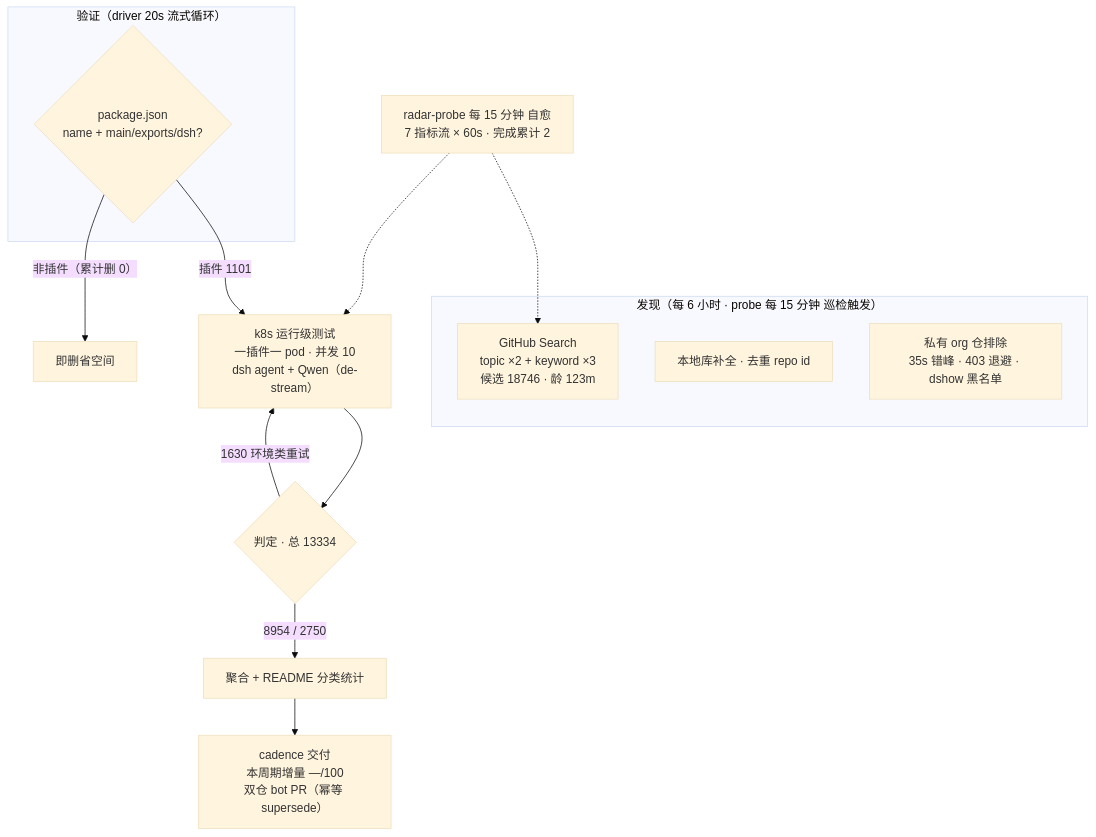
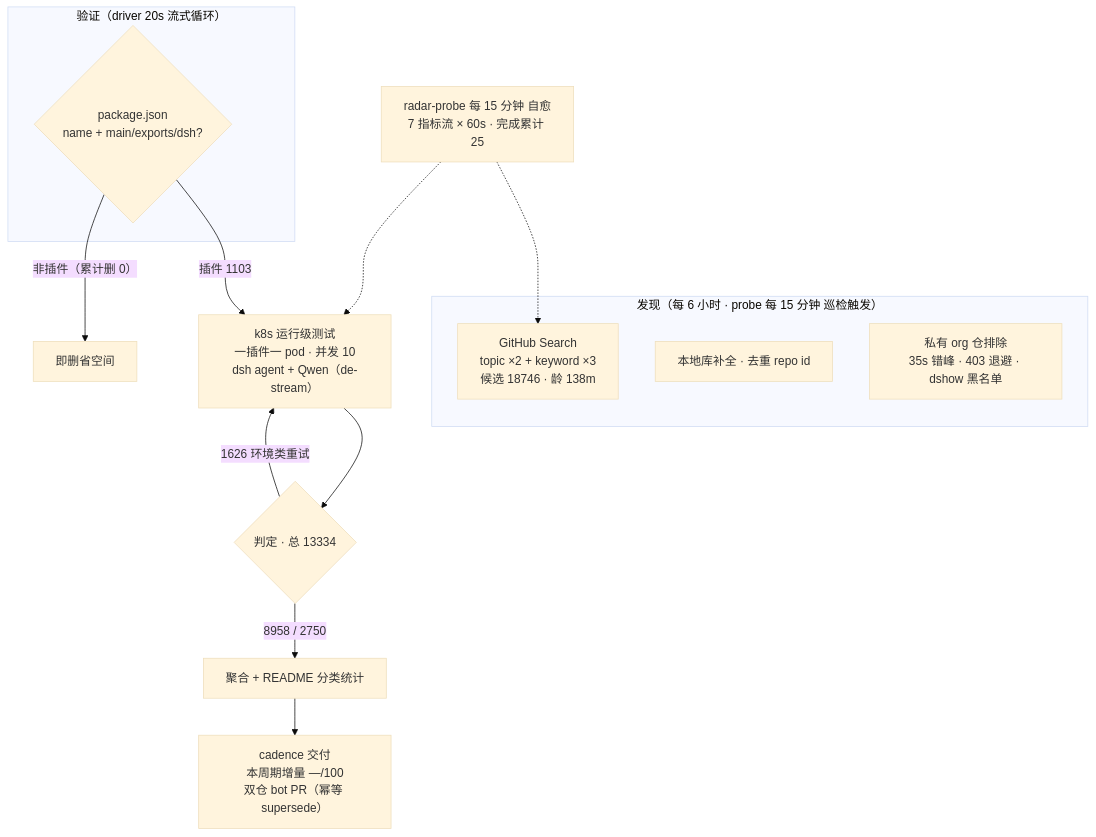
Before and after one commit to AdamPlatin123/dsh-plugin-radar: the diagram in README.md, drawn with Mermaid (base theme). The commit also changed other lines of this file and 6 other files, not shown here.

````diff
--- a/README.md
+++ b/README.md
@@ -52,20 +52,20 @@
 ```mermaid
 flowchart TB
     subgraph Discovery["发现（每 6 小时 · probe 每 15 分钟 巡检触发）"]
-        A1["GitHub Search<br/>topic ×2 + keyword ×3<br/>候选 18746 · 龄 123m"]
+        A1["GitHub Search<br/>topic ×2 + keyword ×3<br/>候选 18746 · 龄 138m"]
         A2["本地库补全 · 去重 repo id"]
         A3["私有 org 仓排除<br/>35s 错峰 · 403 退避 · dshow 黑名单"]
     end
     subgraph Validation["验证（driver 20s 流式循环）"]
         B1{"package.json<br/>name + main/exports/dsh?"}
     end
-    B1 -->|"插件 1101"| C1["k8s 运行级测试<br/>一插件一 pod · 并发 10<br/>dsh agent + Qwen（de-stream）"]
+    B1 -->|"插件 1103"| C1["k8s 运行级测试<br/>一插件一 pod · 并发 10<br/>dsh agent + Qwen（de-stream）"]
     B1 -->|"非插件（累计删 0）"| B3["即删省空间"]
     C1 --> D1{"判定 · 总 13334"}
-    D1 -->|"8954 / 2750"| E1["聚合 + README 分类统计"]
-    D1 -->|"1630 环境类重试"| C1
+    D1 -->|"8958 / 2750"| E1["聚合 + README 分类统计"]
+    D1 -->|"1626 环境类重试"| C1
     E1 --> E2["cadence 交付<br/>本周期增量 —/100<br/>双仓 bot PR（幂等 supersede）"]
-    M["radar-probe 每 15 分钟 自愈<br/>7 指标流 × 60s · 完成累计 2"]
+    M["radar-probe 每 15 分钟 自愈<br/>7 指标流 × 60s · 完成累计 25"]
     M -.-> A1
     M -.-> C1
 ```
````
